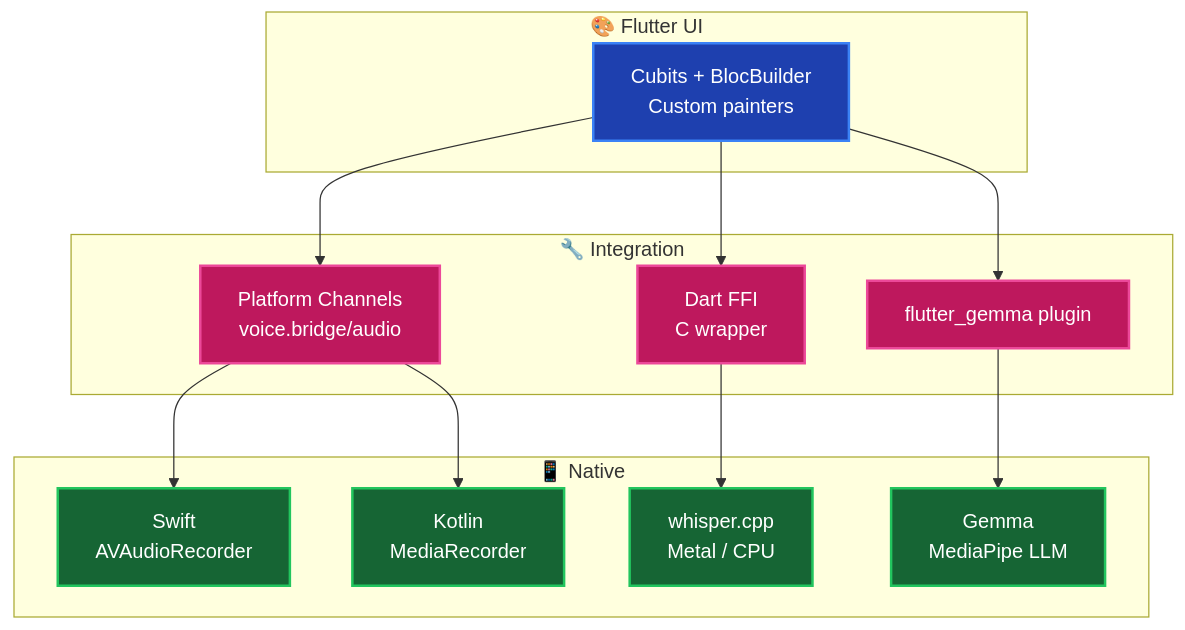
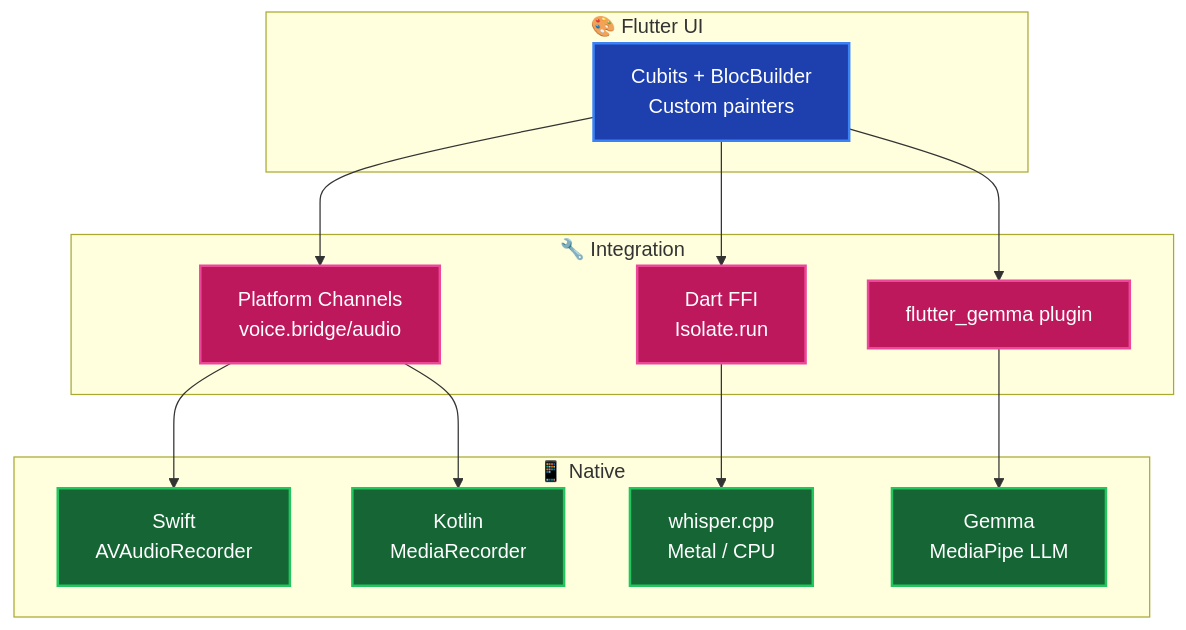
One commit to esrakadah/flutter_voice_bridge changed the diagram in README.md. Above: the diagram before and after it, drawn with Mermaid. The commit also changed other lines of this file, not shown here.

Commit message:
docs: describe background-isolate transcription and current test coverage

````diff
--- a/README.md
+++ b/README.md
@@ -66,35 +67,35 @@
 ```mermaid
 graph TB
     subgraph "🎨 Flutter UI"
         UI[Cubits + BlocBuilder<br/>Custom painters]
     end
 
     subgraph "🔧 Integration"
         PC[Platform Channels<br/>voice.bridge/audio]
-        FFI[Dart FFI<br/>C wrapper]
+        FFI[Dart FFI<br/>Isolate.run]
         GemmaPlugin[flutter_gemma plugin]
     end
 
     subgraph "📱 Native"
         Apple[Swift<br/>AVAudioRecorder]
         Android[Kotlin<br/>MediaRecorder]
         Whisper[whisper.cpp<br/>Metal / CPU]
         GemmaLLM[Gemma<br/>MediaPipe LLM]
     end
 
     UI --> PC
     UI --> FFI
     UI --> GemmaPlugin
     PC --> Apple
     PC --> Android
     FFI --> Whisper
     GemmaPlugin --> GemmaLLM
 
     classDef ui fill:#1e40af,stroke:#3b82f6,stroke-width:2px,color:#ffffff
     classDef platform fill:#be185d,stroke:#ec4899,stroke-width:2px,color:#ffffff
     classDef native fill:#166534,stroke:#22c55e,stroke-width:2px,color:#ffffff
 
     class UI ui
     class PC,FFI,GemmaPlugin platform
     class Apple,Android,Whisper,GemmaLLM native
 ```
````
